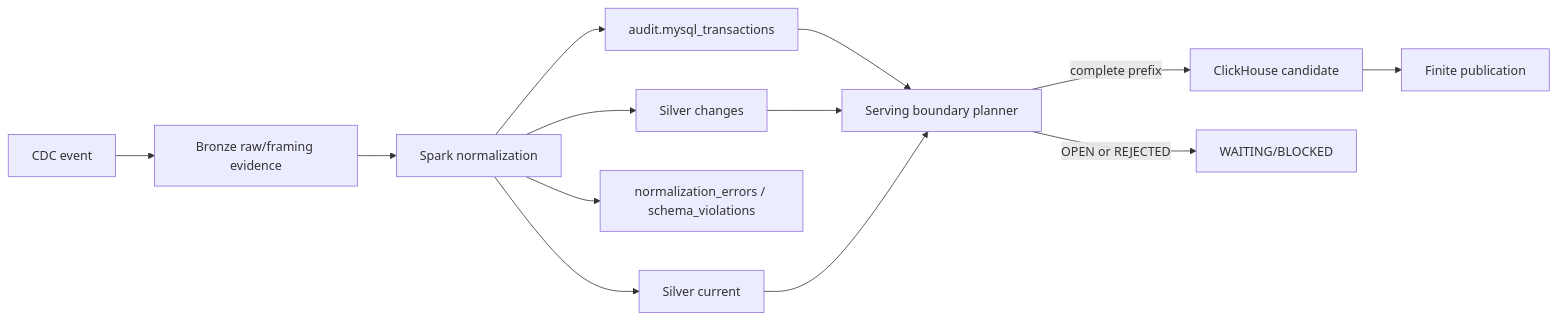
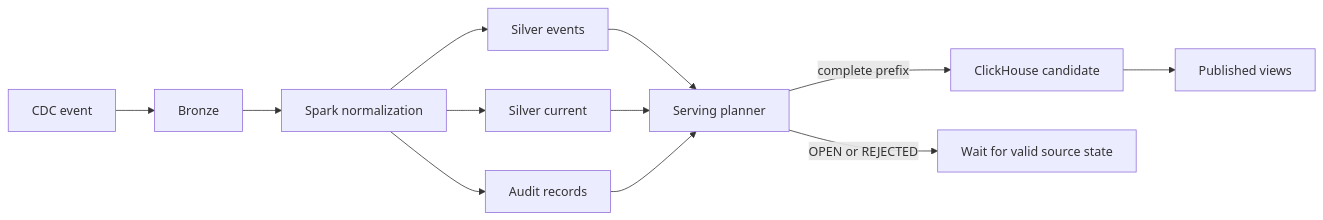
One commit to evgenii-karpov/olist-mds changed the second of 4 diagrams in docs/diagrams.md. Above: the diagram before and after it, drawn with Mermaid. The commit also changed other lines of this file and 106 other files, not shown here.

Commit message:
docs(lakehouse): align documentation with current CDC path

````diff
--- a/docs/diagrams.md
+++ b/docs/diagrams.md
@@ -38,15 +22,14 @@
 ```mermaid
 flowchart LR
-    event["CDC event"] --> bronze["Bronze raw/framing evidence"]
+    event["CDC event"] --> bronze["Bronze"]
     bronze --> normalize["Spark normalization"]
-    normalize --> changes["Silver changes"]
-    normalize --> current["Silver current"]
-    normalize --> audit["normalization_errors / schema_violations"]
-    normalize --> tx["audit.mysql_transactions"]
-    tx --> planner["Serving boundary planner"]
-    changes --> planner
-    current --> planner
+    normalize --> silver_events["Silver events"]
+    normalize --> silver_current["Silver current"]
+    normalize --> audit["Audit records"]
+    silver_events --> planner["Serving planner"]
+    silver_current --> planner
+    audit --> planner
     planner -->|complete prefix| candidate["ClickHouse candidate"]
-    planner -->|OPEN or REJECTED| blocked["WAITING/BLOCKED"]
-    candidate --> publish["Finite publication"]
+    planner -->|OPEN or REJECTED| waiting["Wait for valid source state"]
+    candidate --> publish["Published views"]
 ```
````
